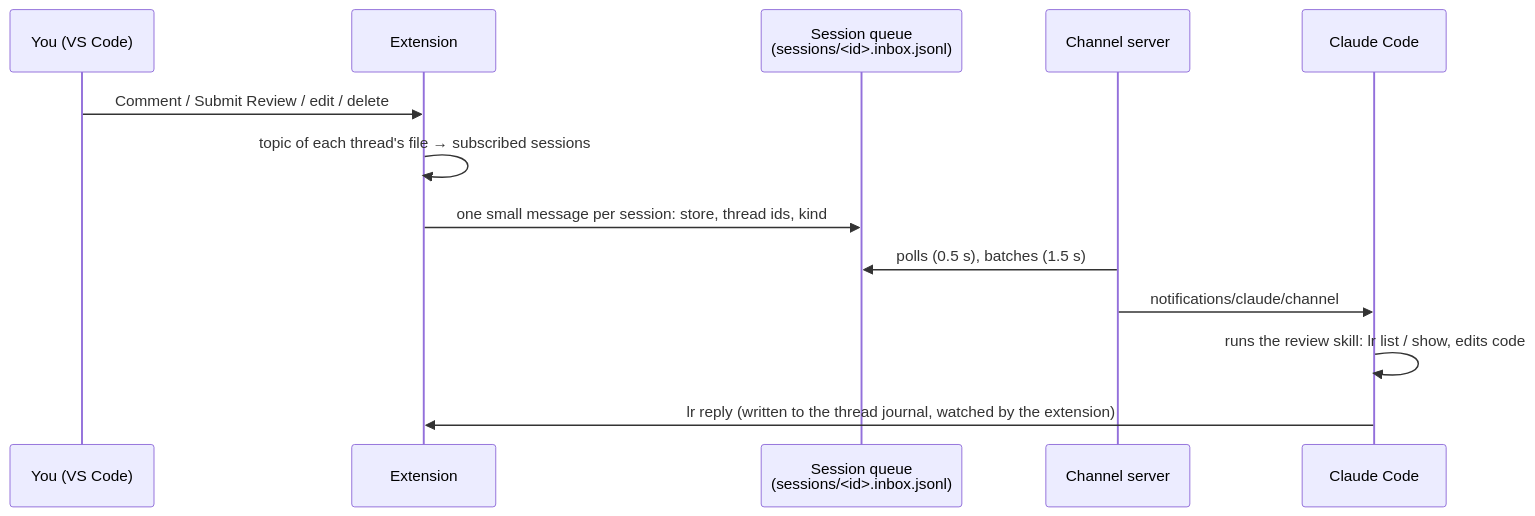
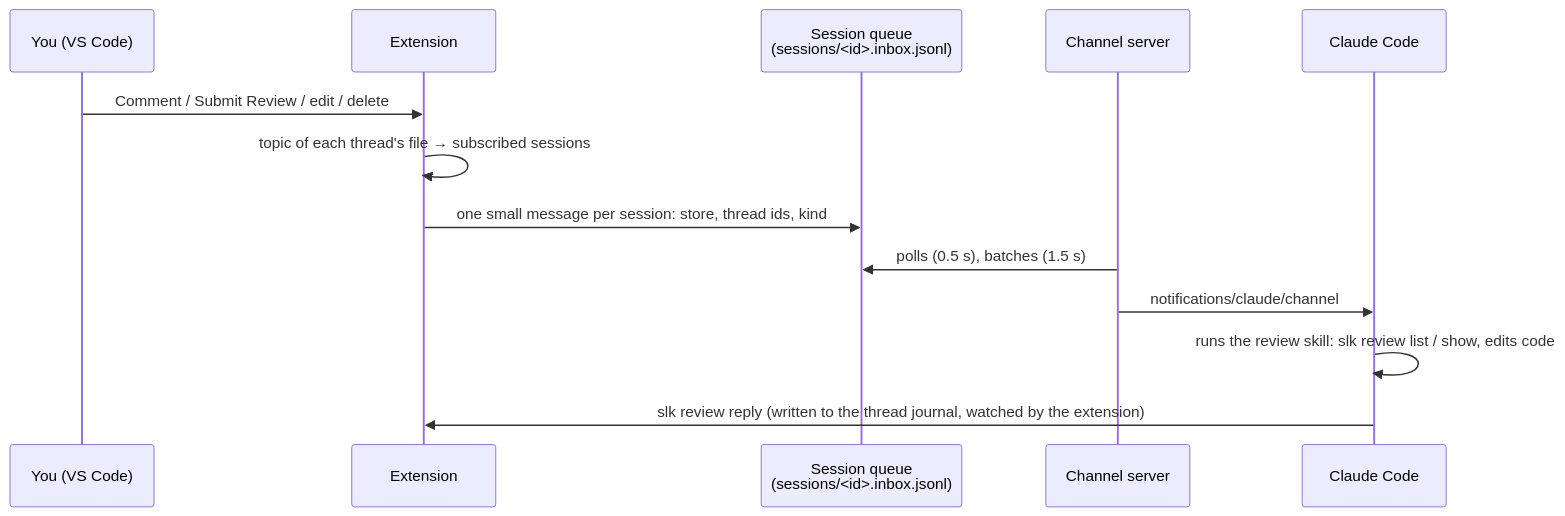
The third of 3 diagrams in docs/architecture.md (silykat/silykat), drawn with Mermaid before and after one commit. The commit also changed other lines of this file and 170 other files, not shown here.

````diff
--- a/docs/architecture.md
+++ b/docs/architecture.md
@@ -186,15 +186,15 @@
 ```mermaid
 sequenceDiagram
   participant U as You (VS Code)
   participant X as Extension
   participant Q as Session queue<br/>(sessions/<id>.inbox.jsonl)
   participant C as Channel server
   participant A as Claude Code
   U->>X: Comment / Submit Review / edit / delete
   X->>X: topic of each thread's file → subscribed sessions
   X->>Q: one small message per session: store, thread ids, kind
   C->>Q: polls (0.5 s), batches (1.5 s)
   C->>A: notifications/claude/channel
-  A->>A: runs the review skill: lr list / show, edits code
-  A->>X: lr reply (written to the thread journal, watched by the extension)
+  A->>A: runs the review skill: slk review list / show, edits code
+  A->>X: slk review reply (written to the thread journal, watched by the extension)
 ```
````
